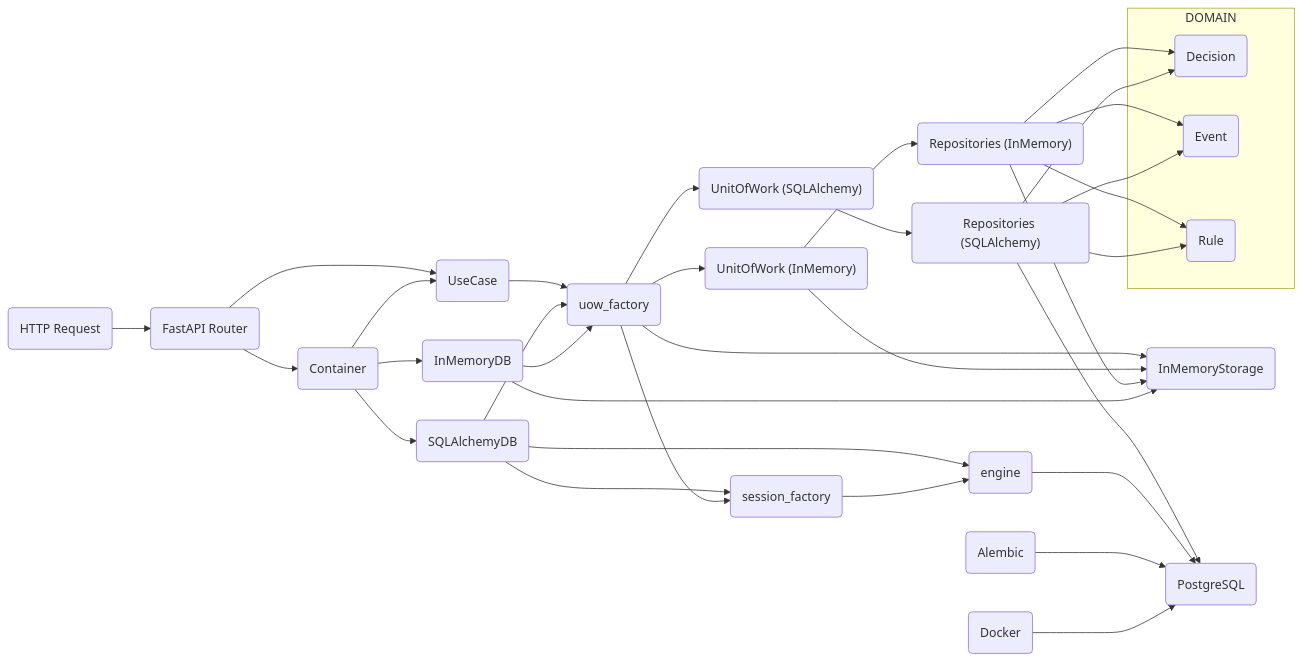
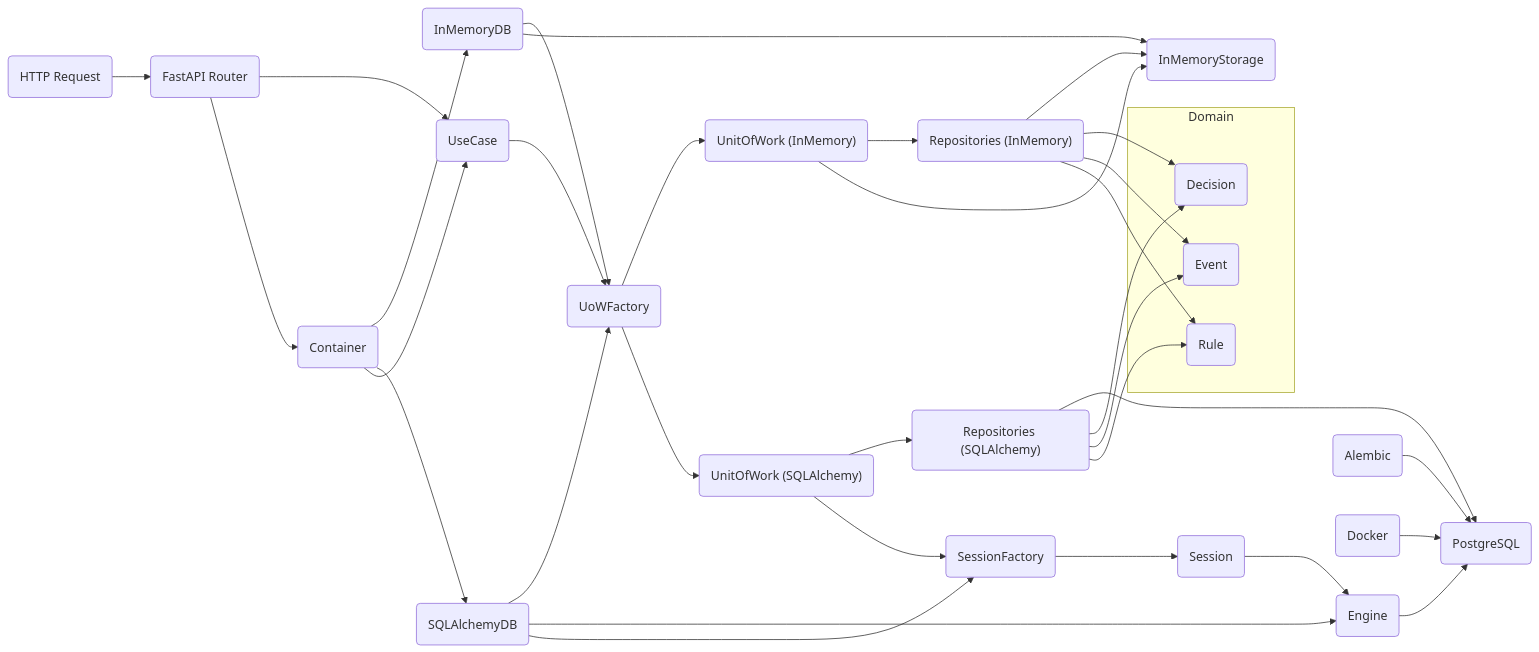
Before and after one commit to geldois/decision-engine: the diagram in README.md, drawn with Mermaid. The commit also changed other lines of this file and 12 other files, not shown here.

Commit message:
build: implement python-native pre-commit pipeline and architecture cleanup

````diff
--- a/README.md
+++ b/README.md
@@ -11,51 +11,51 @@
 ```mermaid
 flowchart LR
-    subgraph DOMAIN
+    subgraph Domain
         Decision("Decision")
         Event("Event")
         Rule("Rule")
     end
 
     Client("HTTP Request") --> API("FastAPI Router")
     API --> UseCase("UseCase")
     API --> Container("Container")
 
-    UseCase --> UoWFactory("uow_factory")
+    UseCase --> UoWFactory("UoWFactory")
 
     Container --> InMemoryDB("InMemoryDB")
     Container --> SQLAlchemyDB("SQLAlchemyDB")
     Container --> UseCase
 
     UoWFactory --> UnitOfWorkMem("UnitOfWork (InMemory)")
     UoWFactory --> UnitOfWorkSQL("UnitOfWork (SQLAlchemy)")
-    UoWFactory --> InMemoryStorage("InMemoryStorage")
 
     UnitOfWorkMem --> RepositoriesMem("Repositories (InMemory)")
-    UnitOfWorkMem --> InMemoryStorage
+    UnitOfWorkMem --> InMemoryStorage("InMemoryStorage")
 
     RepositoriesMem --> InMemoryStorage
     RepositoriesMem --> Decision
     RepositoriesMem --> Event
     RepositoriesMem --> Rule
 
     UnitOfWorkSQL --> RepositoriesSQL("Repositories (SQLAlchemy)")
+    UnitOfWorkSQL --> SessionFactory("SessionFactory")
 
     RepositoriesSQL --> PostgreSQL("PostgreSQL")
     RepositoriesSQL --> Decision
     RepositoriesSQL --> Event
     RepositoriesSQL --> Rule
 
     SQLAlchemyDB --> UoWFactory
-    SQLAlchemyDB --> Engine("engine")
-    SQLAlchemyDB --> SessionFactory("session_factory")
+    SQLAlchemyDB --> Engine("Engine")
+    SQLAlchemyDB --> SessionFactory
 
-    SessionFactory --> Engine
-    UoWFactory --> SessionFactory
+    SessionFactory --> Session("Session")
+    Session --> Engine
     Engine --> PostgreSQL
 
     InMemoryDB --> UoWFactory
     InMemoryDB --> InMemoryStorage
 
     Alembic("Alembic") --> PostgreSQL
     Docker("Docker") --> PostgreSQL
 ```
````
